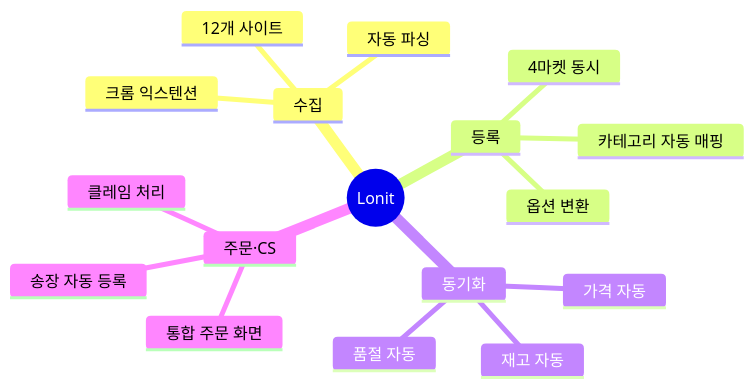
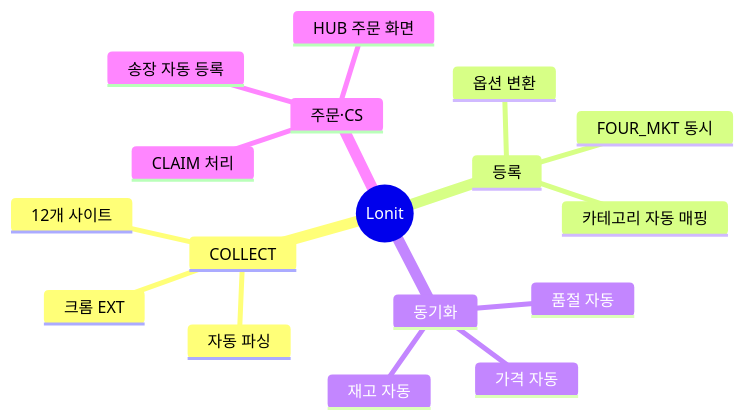
One commit to cksdud5785-design/lonit-manual changed the second of 10 diagrams in docs/02-architecture.md. Above: the diagram before and after it, drawn with Mermaid. The commit also changed other lines of this file and 17 other files, not shown here.

First line of the commit message:
fix: mermaid 한국어 ID → ASCII + 더망고 → T사 일괄 변경

````diff
--- a/docs/02-architecture.md
+++ b/docs/02-architecture.md
@@ -52,20 +52,20 @@
 ```mermaid
 mindmap
   root((Lonit))
-    수집
-      크롬 익스텐션
+    COLLECT
+      크롬 EXT
       12개 사이트
       자동 파싱
     등록
-      4마켓 동시
+      FOUR_MKT 동시
       카테고리 자동 매핑
       옵션 변환
     동기화
       가격 자동
       재고 자동
       품절 자동
     주문·CS
-      통합 주문 화면
+      HUB 주문 화면
       송장 자동 등록
-      클레임 처리
+      CLAIM 처리
 ```
````
